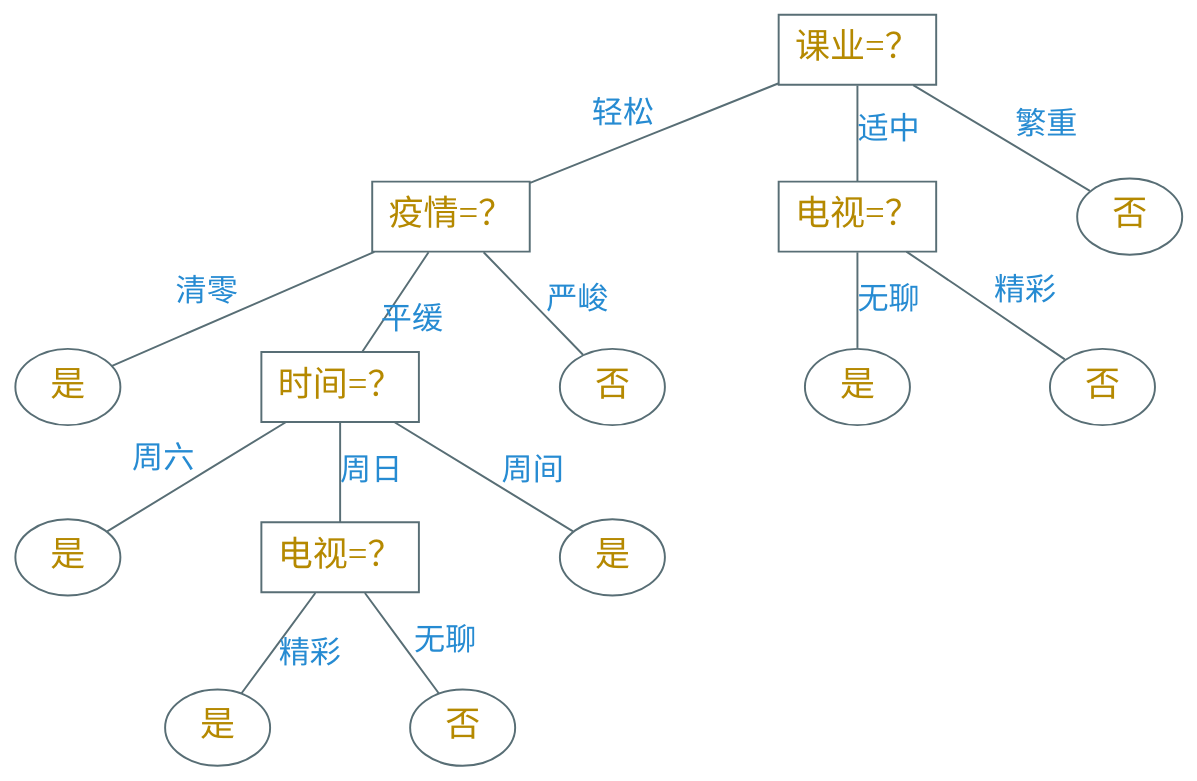
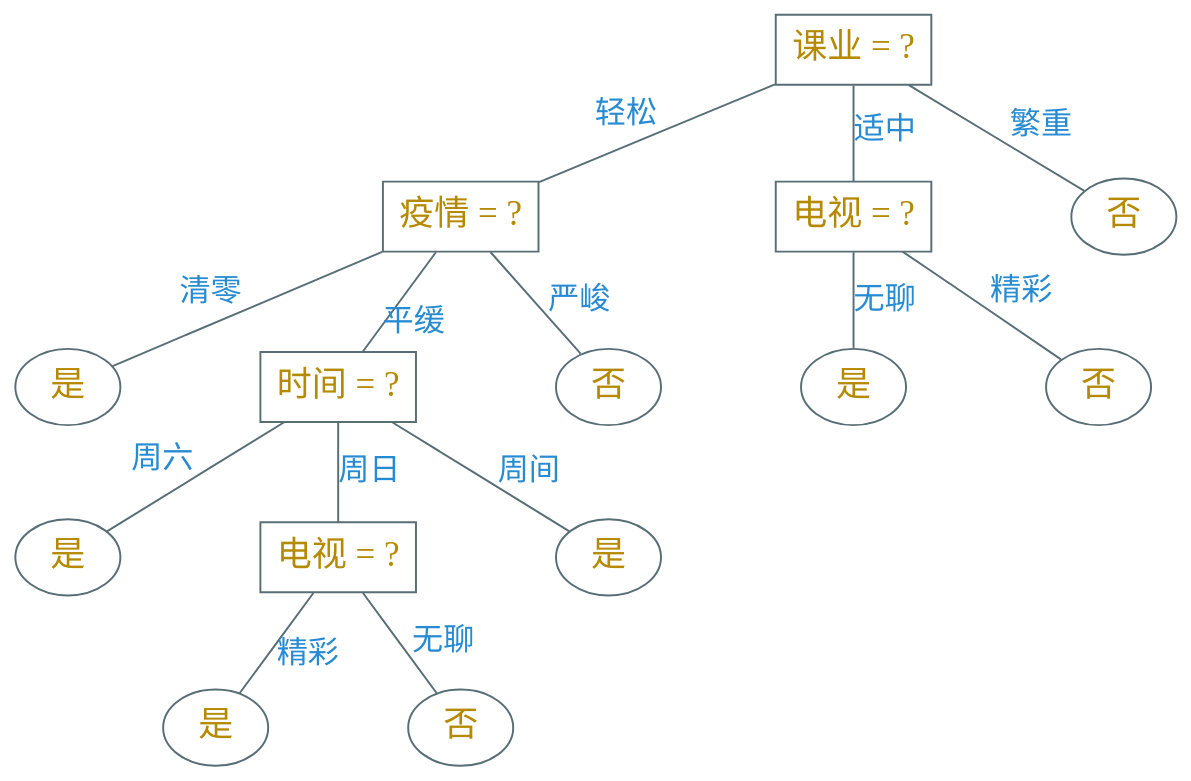
Before and after one commit to Avanti1980/course-ml: the diagram in dot/dt.dot, drawn with Graphviz. The commit also changed 8 other files, not shown here.

```diff
--- a/dot/dt.dot
+++ b/dot/dt.dot
@@ -1,43 +1,43 @@
 digraph g {
     bgcolor=transparent
     graph [nodesep=1.0, ranksep=0.4]
     node [shape=box, color="#586e75", fontcolor="#b58900", fontsize=18, fontname="Ysabeau, LXGWSong"]
     edge [arrowhead=none, color="#586e75", fontcolor="#268bd2", fontsize=16, fontname="Ysabeau, LXGWSong"]
 
-    "课业=？" -> "疫情=？" [xlabel="轻松"]
-    "课业=？" -> "电视=？" [label="适中"]
+    "课业 = ?" -> "疫情 = ?" [xlabel="轻松"]
+    "课业 = ?" -> "电视 = ?" [label="适中"]
 
     node [shape=ellipse]
 
-    "课业=？" -> "否" [headlabel="繁重", labeldistance=4]
+    "课业 = ?" -> "否" [headlabel="繁重", labeldistance=4]
 
-    "电视=？" -> "是" [label="无聊"]
+    "电视 = ?" -> "是" [label="无聊"]
 
     n2 [label="否"]
-    "电视=？" -> n2 [headlabel="精彩", labeldistance=4]
+    "电视 = ?" -> n2 [headlabel="精彩", labeldistance=4]
 
     y2 [label="是"]
     y3 [label="是"]
     
-    "疫情=？" -> y2 [xlabel="清零"]
+    "疫情 = ?" -> y2 [xlabel="清零"]
 
     node [shape=box]
-    tv [label="电视=？"]
-    "疫情=？" -> "时间=？" [headlabel="平缓", labeldistance=3]
+    tv [label="电视 = ?"]
+    "疫情 = ?" -> "时间 = ?" [headlabel="平缓", labeldistance=3]
 
     node [shape=ellipse]
     n3 [label="否"]
     y4 [label="是"]
     y5 [label="是"]
     n4 [label="否"]
-    "疫情=？" -> n3 [label="严峻"]
+    "疫情 = ?" -> n3 [label="严峻"]
 
-    "时间=？" -> y3 [xlabel="周六"]
+    "时间 = ?" -> y3 [xlabel="周六"]
 
     node [shape=box]
-    "时间=？" -> tv [label="周日"]
-    "时间=？" -> y4 [label="周间"]
+    "时间 = ?" -> tv [label="周日"]
+    "时间 = ?" -> y4 [label="周间"]
 
     tv -> y5 [headlabel="精彩", labeldistance=4]
     tv -> n4 [label="无聊"]
 }
```
